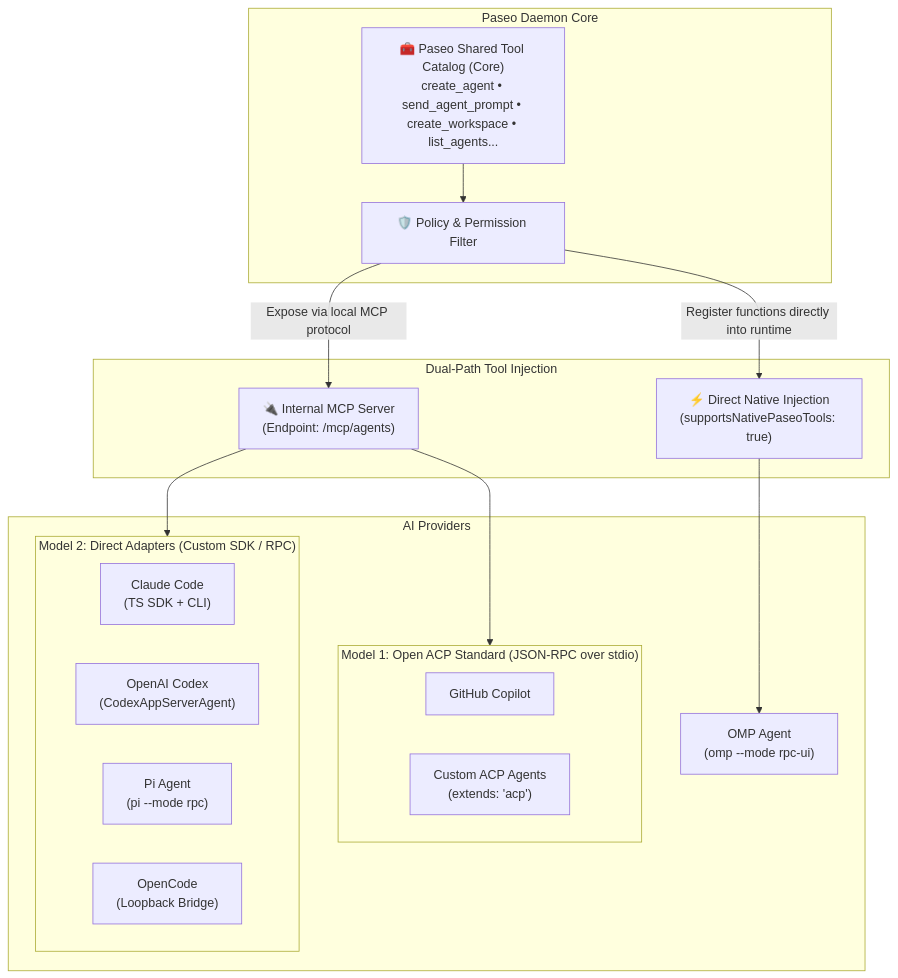
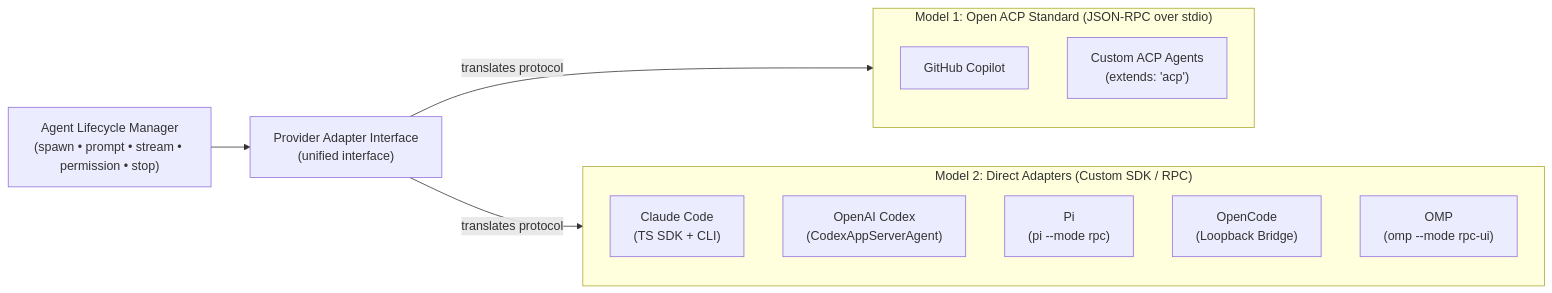
One commit to XTcode3101/XTcode3101.github.io changed the fourth of 5 diagrams in _posts/2026-11-26-paseo-ade-kien-truc-moi-truong-phat-trien-da-agent-en.md. Above: the diagram before and after it, drawn with Mermaid. The commit also changed other lines of this file and 1 other file, not shown here.

Commit message:
fix paseo blog

````diff
--- a/_posts/2026-11-26-paseo-ade-kien-truc-moi-truong-phat-trien-da-agent-en.md
+++ b/_posts/2026-11-26-paseo-ade-kien-truc-moi-truong-phat-trien-da-agent-en.md
@@ -229,36 +238,22 @@
 ```mermaid
-flowchart TD
-    subgraph Core["Paseo Daemon Core"]
-        Catalog["🧰 Paseo Shared Tool Catalog (Core)<br/>create_agent • send_agent_prompt • create_workspace • list_agents..."]
-        Filter["🛡️ Policy & Permission Filter"]
-        Catalog --> Filter
+flowchart LR
+    Manager["Agent Lifecycle Manager<br/>(spawn • prompt • stream • permission • stop)"]
+    Iface["Provider Adapter Interface<br/>(unified interface)"]
+    Manager --> Iface
+
+    subgraph ACP["Model 1: Open ACP Standard (JSON-RPC over stdio)"]
+        Copilot["GitHub Copilot"]
+        CustomACP["Custom ACP Agents<br/>(extends: 'acp')"]
     end
 
-    subgraph Injection["Dual-Path Tool Injection"]
-        Native["⚡ Direct Native Injection<br/>(supportsNativePaseoTools: true)"]
-        MCP["🔌 Internal MCP Server<br/>(Endpoint: /mcp/agents)"]
+    subgraph Direct["Model 2: Direct Adapters (Custom SDK / RPC)"]
+        Claude["Claude Code<br/>(TS SDK + CLI)"]
+        Codex["OpenAI Codex<br/>(CodexAppServerAgent)"]
+        Pi["Pi<br/>(pi --mode rpc)"]
+        OpenCode["OpenCode<br/>(Loopback Bridge)"]
+        OMP["OMP<br/>(omp --mode rpc-ui)"]
     end
 
-    subgraph Providers["AI Providers"]
-        OMP["OMP Agent<br/>(omp --mode rpc-ui)"]
-        
-        subgraph ACP_Group["Model 1: Open ACP Standard (JSON-RPC over stdio)"]
-            Copilot["GitHub Copilot"]
-            CustomACP["Custom ACP Agents<br/>(extends: 'acp')"]
-        end
-
-        subgraph Direct_Group["Model 2: Direct Adapters (Custom SDK / RPC)"]
-            Claude["Claude Code<br/>(TS SDK + CLI)"]
-            Codex["OpenAI Codex<br/>(CodexAppServerAgent)"]
-            Pi["Pi Agent<br/>(pi --mode rpc)"]
-            OpenCode["OpenCode<br/>(Loopback Bridge)"]
-        end
-    end
-
-    Filter -->|"Register functions directly into runtime"| Native
-    Filter -->|"Expose via local MCP protocol"| MCP
-
-    Native --> OMP
-    MCP --> ACP_Group
-    MCP --> Direct_Group
+    Iface -- "translates protocol" --> ACP
+    Iface -- "translates protocol" --> Direct
 ```
````
